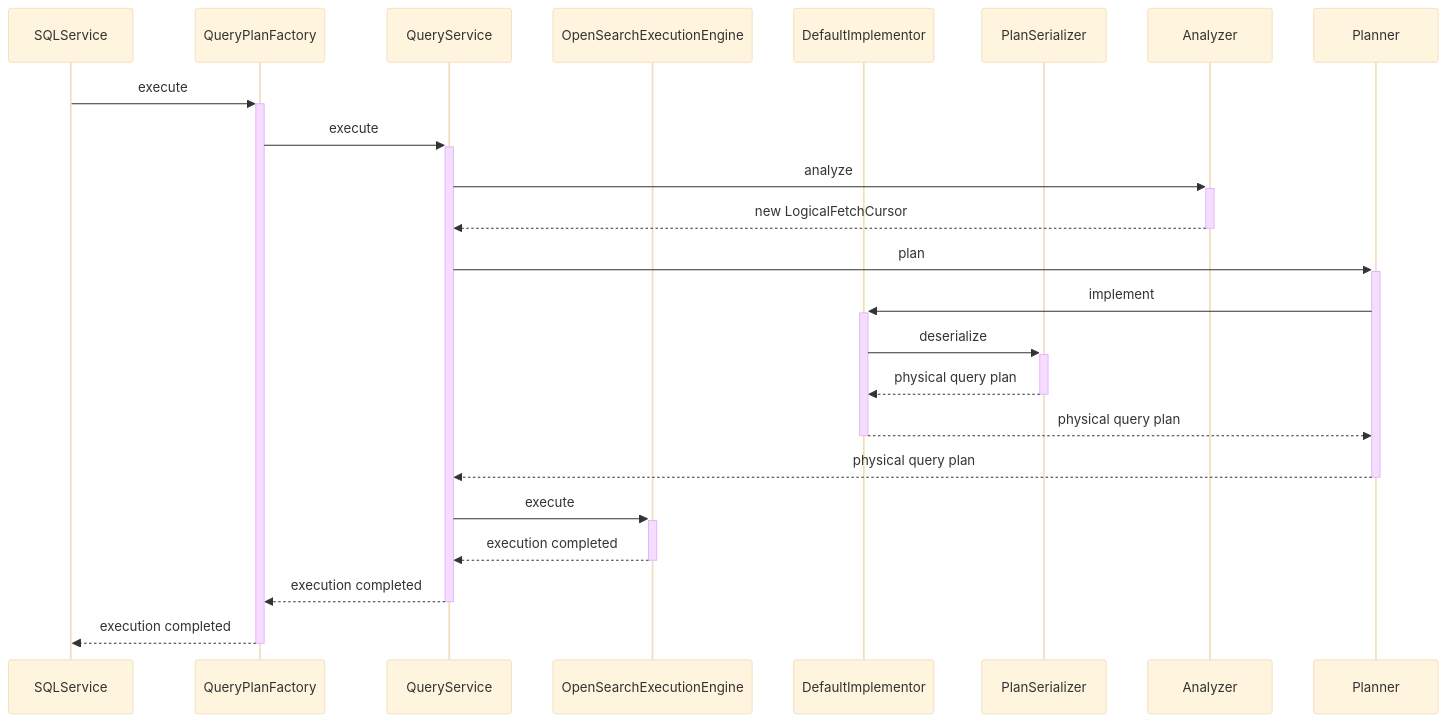
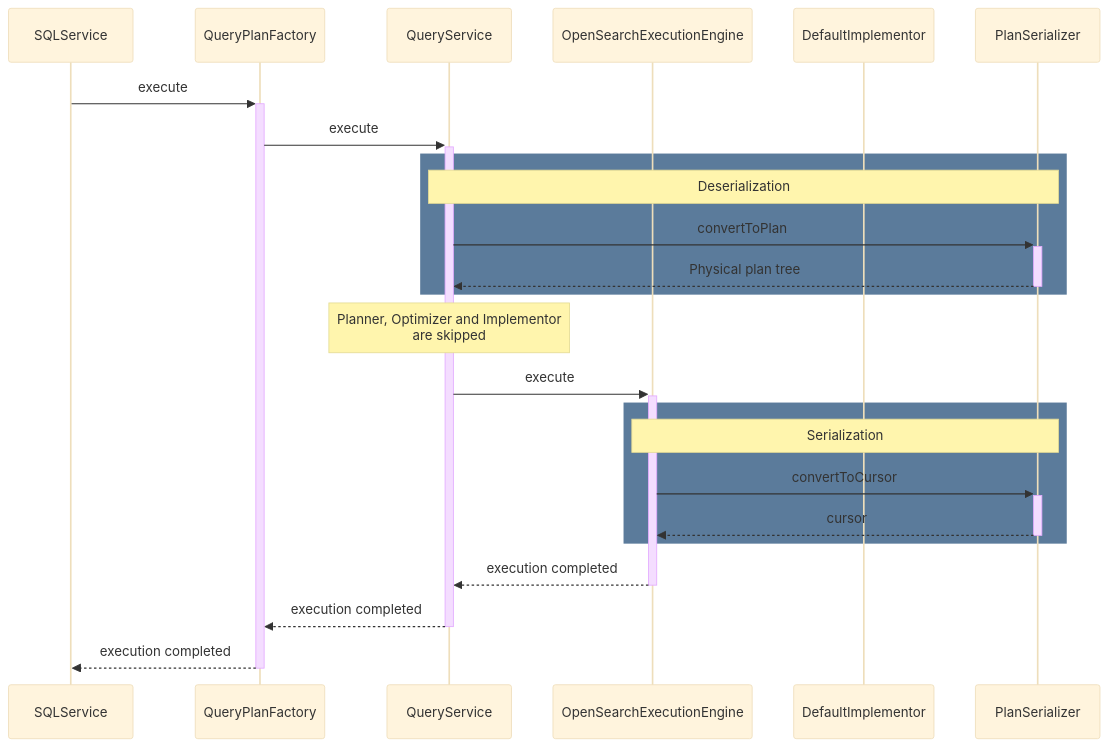
Before and after one commit to opensearch-project/sql: diagram 13 of 19 in docs/dev/Pagination-v2.md, drawn with Mermaid (base theme). The commit also changed other lines of this file and 31 other files, not shown here.

````diff
--- a/docs/dev/Pagination-v2.md
+++ b/docs/dev/Pagination-v2.md
@@ -501,24 +497,27 @@
 ```mermaid
 sequenceDiagram
     participant SQLService
     participant QueryPlanFactory
     participant QueryService
     participant OpenSearchExecutionEngine
     participant DefaultImplementor
     participant PlanSerializer
 
 SQLService ->>+ QueryPlanFactory : execute
   QueryPlanFactory ->>+ QueryService : execute
-  QueryService ->>+ Analyzer : analyze
-  Analyzer -->>- QueryService : new LogicalFetchCursor
-  QueryService ->>+ Planner : plan
-  Planner ->>+ DefaultImplementor : implement
-  DefaultImplementor ->>+ PlanSerializer : deserialize
-  PlanSerializer -->>- DefaultImplementor: physical query plan
-  DefaultImplementor -->>- Planner : physical query plan
-  Planner -->>- QueryService : physical query plan
-  QueryService ->>+ OpenSearchExecutionEngine : execute
-  OpenSearchExecutionEngine -->>- QueryService: execution completed
-  QueryService -->>- QueryPlanFactory : execution completed
+    rect rgb(91, 123, 155)
+    note over QueryService, PlanSerializer : Deserialization
+    QueryService ->>+ PlanSerializer: convertToPlan
+      PlanSerializer -->>- QueryService: Physical plan tree
+    end
+    Note over QueryService : Planner, Optimizer and Implementor<br />are skipped
+    QueryService ->>+ OpenSearchExecutionEngine : execute
+      rect rgb(91, 123, 155)
+      note over OpenSearchExecutionEngine, PlanSerializer : Serialization
+      OpenSearchExecutionEngine ->>+ PlanSerializer : convertToCursor
+        PlanSerializer -->>- OpenSearchExecutionEngine : cursor
+      end
+      OpenSearchExecutionEngine -->>- QueryService: execution completed
+    QueryService -->>- QueryPlanFactory : execution completed
   QueryPlanFactory -->>- SQLService : execution completed
 ```
````
